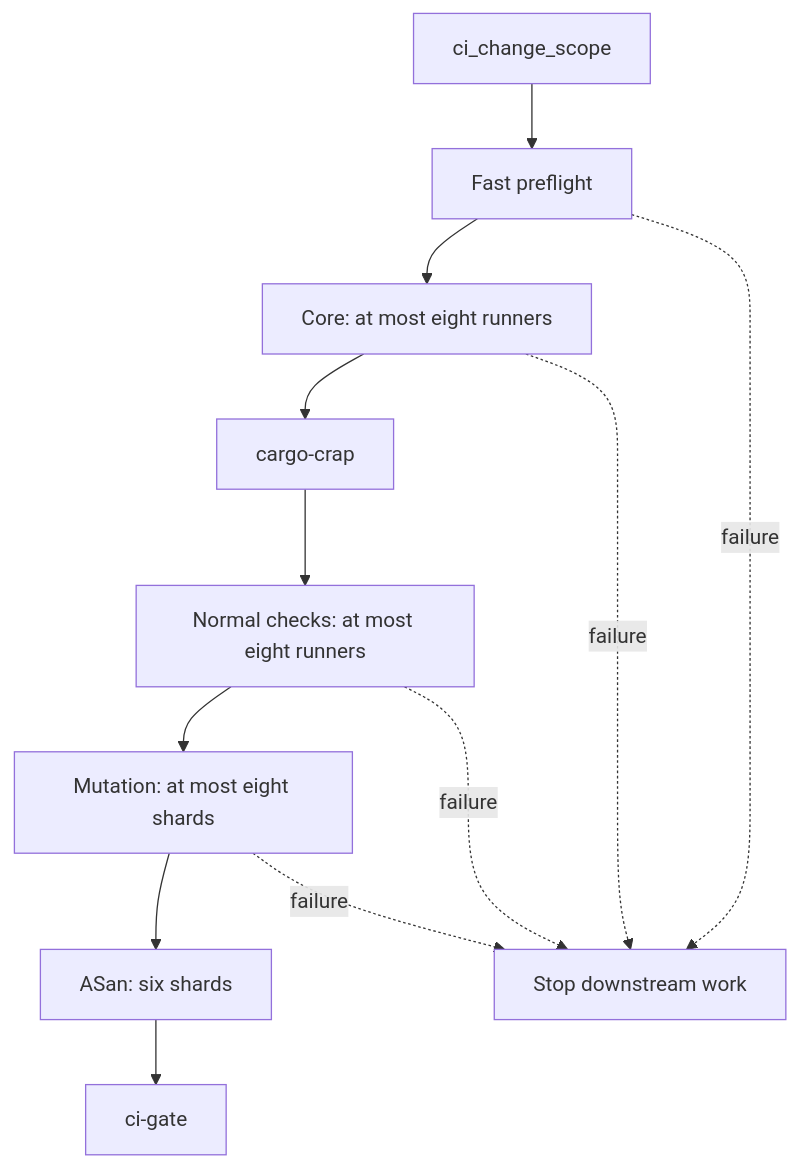
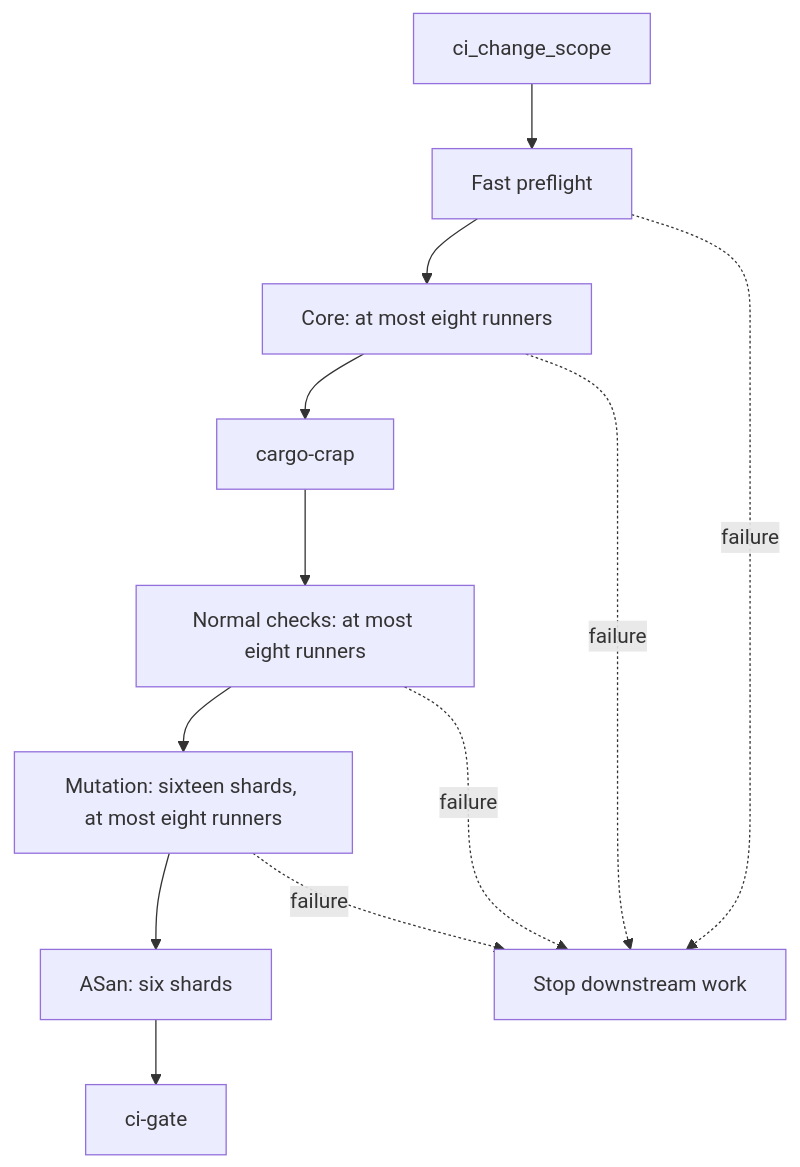
The fourth of 14 diagrams in CONTRIBUTING.md (arceushui/pigloros), drawn with Mermaid before and after one commit. The commit also changed other lines of this file and 2 other files, not shown here.

Commit message:
ci: balance mutation workers and complete smaller shards (#561)

````diff
--- a/CONTRIBUTING.md
+++ b/CONTRIBUTING.md
@@ -144,14 +144,14 @@
 ```mermaid
 flowchart TD
     S["ci_change_scope"] --> P["Fast preflight"]
     P --> C["Core: at most eight runners"]
     C --> R["cargo-crap"]
     R --> N["Normal checks: at most eight runners"]
-    N --> M["Mutation: at most eight shards"]
+    N --> M["Mutation: sixteen shards, at most eight runners"]
     M --> A["ASan: six shards"]
     A --> G["ci-gate"]
     P -. "failure" .-> X["Stop downstream work"]
     C -. "failure" .-> X
     N -. "failure" .-> X
     M -. "failure" .-> X
 ```
````
